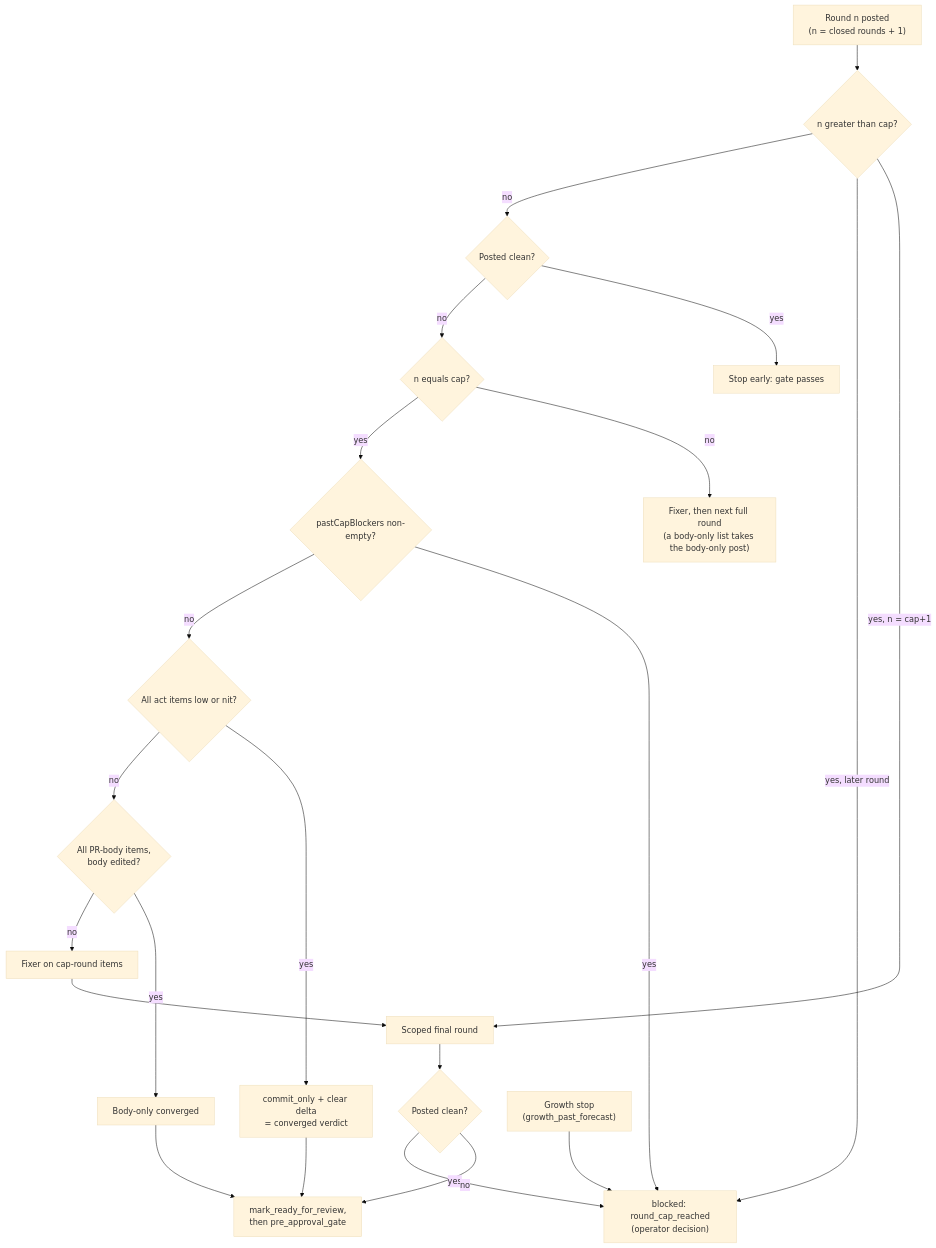
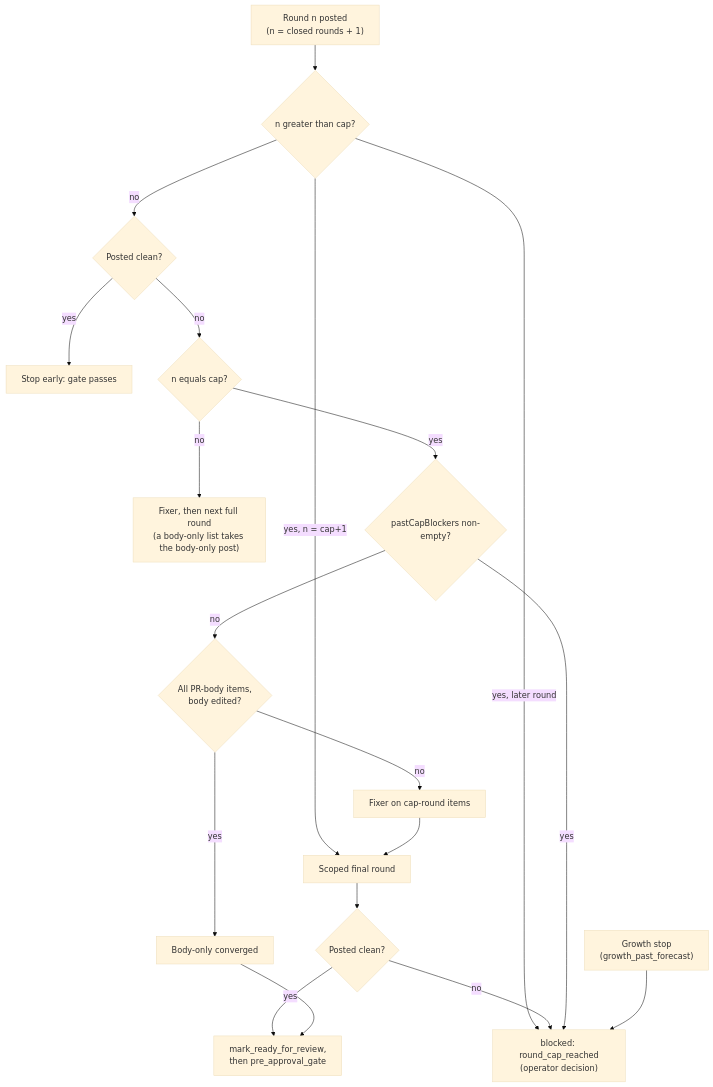
One commit to mfittko/dev-loops changed the tenth of 12 diagrams in docs/atlas/05-gate-subloop.md. Above: the diagram before and after it, drawn with Mermaid (base theme). The commit also changed other lines of this file and 68 other files, not shown here.

First line of the commit message:
refactor(gate): a gate fix pass pushes in the full phase and the delta review is deleted (slice D1 of 2937) (#3640)

````diff
--- a/docs/atlas/05-gate-subloop.md
+++ b/docs/atlas/05-gate-subloop.md
@@ -280,24 +276,22 @@
 ```mermaid
 flowchart TD
   N["Round n posted<br/>(n = closed rounds + 1)"] --> RF{"n greater than cap?"}
   RF -->|"yes, n = cap+1"| SCP["Scoped final round"]
   RF -->|"yes, later round"| HUM
   SCP --> SCL{"Posted clean?"}
   SCL -->|yes| RDY
   SCL -->|no| HUM
   RF -->|no| CLN{"Posted clean?"}
   CLN -->|yes| PASS["Stop early: gate passes"]
   CLN -->|no| CAP{"n equals cap?"}
   CAP -->|no| FIX["Fixer, then next full round<br/>(a body-only list takes the body-only post)"]
   CAP -->|yes| BLK{"pastCapBlockers non-empty?"}
   BLK -->|yes| HUM["blocked: round_cap_reached<br/>(operator decision)"]
-  BLK -->|no| LOW{"All act items low or nit?"}
-  LOW -->|yes| CONV["commit_only + clear delta<br/>= converged verdict"]
-  LOW -->|no| BODY{"All PR-body items,<br/>body edited?"}
+  BLK -->|no| BODY{"All PR-body items,<br/>body edited?"}
   BODY -->|yes| BCONV["Body-only converged"]
   BODY -->|no| CFIX["Fixer on cap-round items"]
-  CONV --> RDY["mark_ready_for_review,<br/>then pre_approval_gate"]
+  RDY["mark_ready_for_review,<br/>then pre_approval_gate"]
   BCONV --> RDY
   CFIX --> SCP
   GROW["Growth stop<br/>(growth_past_forecast)"] --> HUM
 ```
````
